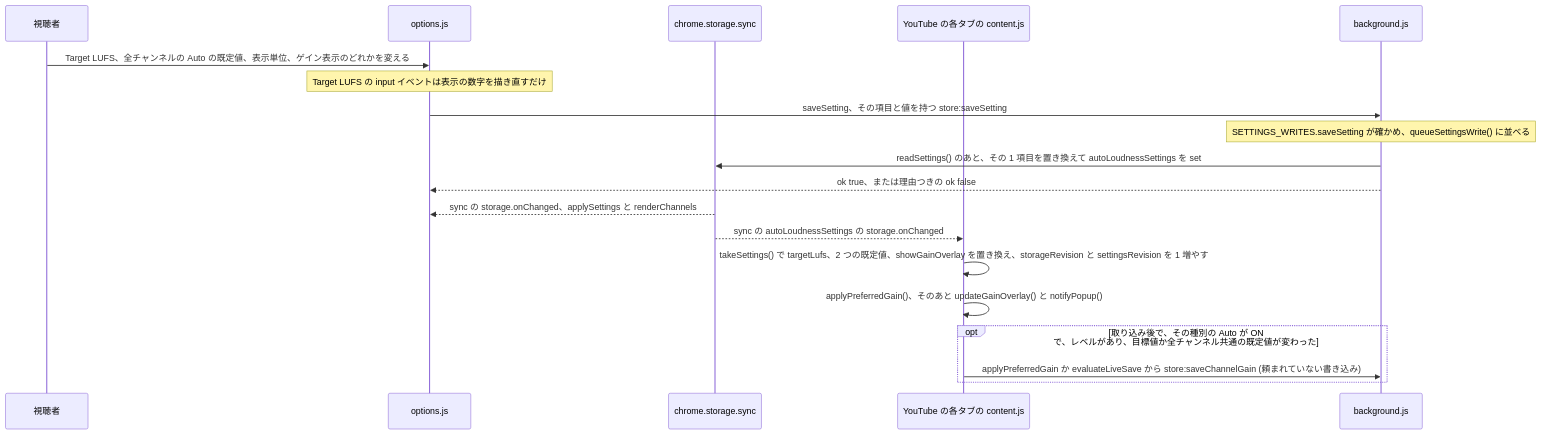
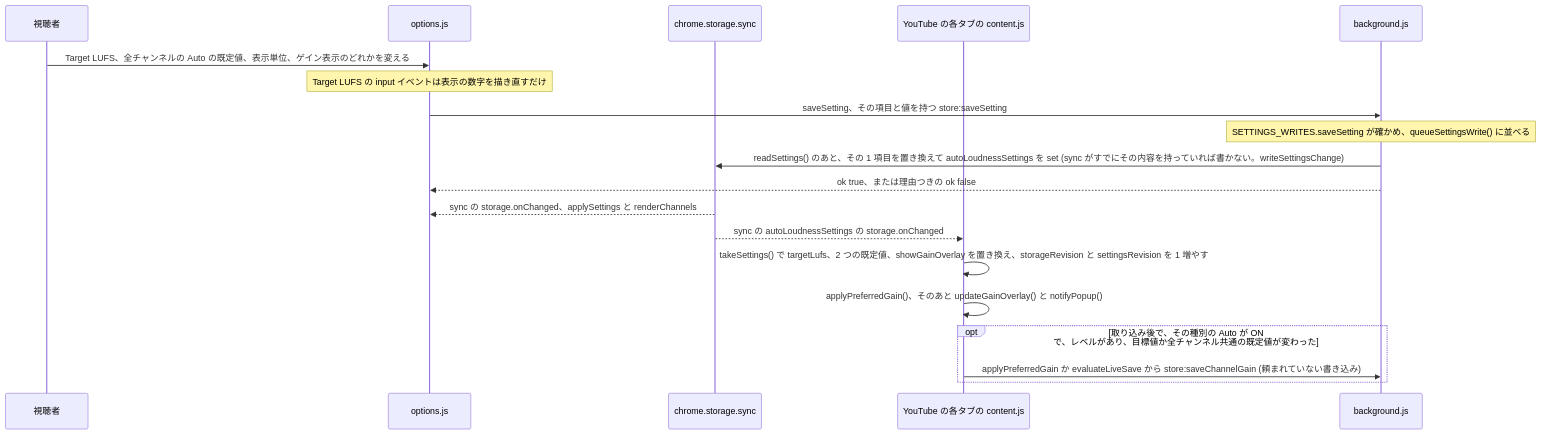
Diagram 13 of 14 in docs/gain-change-and-save.ja.md (semnil/yt-channel-volume), drawn with Mermaid before and after one commit. The commit also changed other lines of this file and 6 other files, not shown here.

First line of the commit message:
refactor: write the settings through core/common.js, leaving out a write sync holds

````diff
--- a/docs/gain-change-and-save.ja.md
+++ b/docs/gain-change-and-save.ja.md
@@ -633,21 +633,21 @@
 ```mermaid
 sequenceDiagram
   participant V as 視聴者
   participant O as options.js
   participant S as chrome.storage.sync
   participant C as YouTube の各タブの content.js
   participant W as background.js
   V->>O: Target LUFS、全チャンネルの Auto の既定値、表示単位、ゲイン表示のどれかを変える
   Note over O: Target LUFS の input イベントは表示の数字を描き直すだけ
   O->>W: saveSetting、その項目と値を持つ store:saveSetting
   Note over W: SETTINGS_WRITES.saveSetting が確かめ、queueSettingsWrite() に並べる
-  W->>S: readSettings() のあと、その 1 項目を置き換えて autoLoudnessSettings を set
+  W->>S: readSettings() のあと、その 1 項目を置き換えて autoLoudnessSettings を set (sync がすでにその内容を持っていれば書かない。writeSettingsChange)
   W-->>O: ok true、または理由つきの ok false
   S-->>O: sync の storage.onChanged、applySettings と renderChannels
   S-->>C: sync の autoLoudnessSettings の storage.onChanged
   C->>C: takeSettings() で targetLufs、2 つの既定値、showGainOverlay を置き換え、storageRevision と settingsRevision を 1 増やす
   C->>C: applyPreferredGain()、そのあと updateGainOverlay() と notifyPopup()
   opt 取り込み後で、その種別の Auto が ON で、レベルがあり、目標値か全チャンネル共通の既定値が変わった
     C->>W: applyPreferredGain か evaluateLiveSave から store:saveChannelGain (頼まれていない書き込み)
   end
 ```
````
